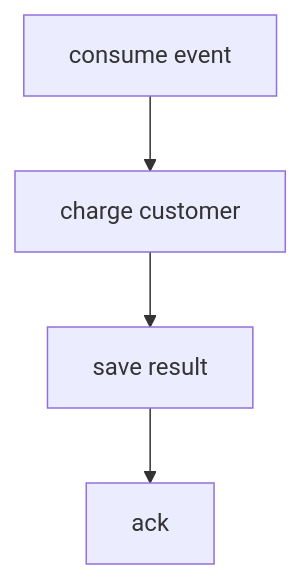
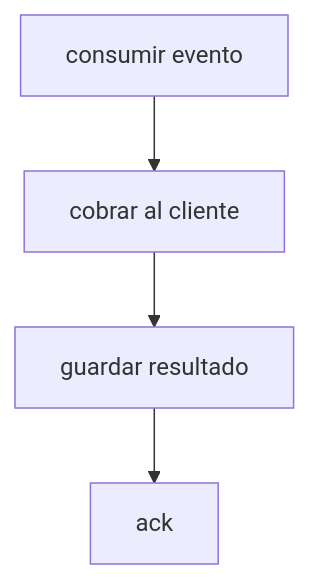
Before and after one commit to mytheondev/mytheondev: the fifth of 10 diagrams in src/content/blog/google-cloud-pubsub-how-to-use-it-correctly.es.md, drawn with Mermaid. The commit also changed other lines of this file and 33 other files, not shown here.

````diff
--- a/src/content/blog/google-cloud-pubsub-how-to-use-it-correctly.es.md
+++ b/src/content/blog/google-cloud-pubsub-how-to-use-it-correctly.es.md
@@ -134,6 +137,6 @@
 ```mermaid
 flowchart TD
-  Consume[consume event] --> Charge[charge customer]
-  Charge --> Save[save result]
+  Consume[consumir evento] --> Charge[cobrar al cliente]
+  Charge --> Save[guardar resultado]
   Save --> Ack[ack]
 ```
````
